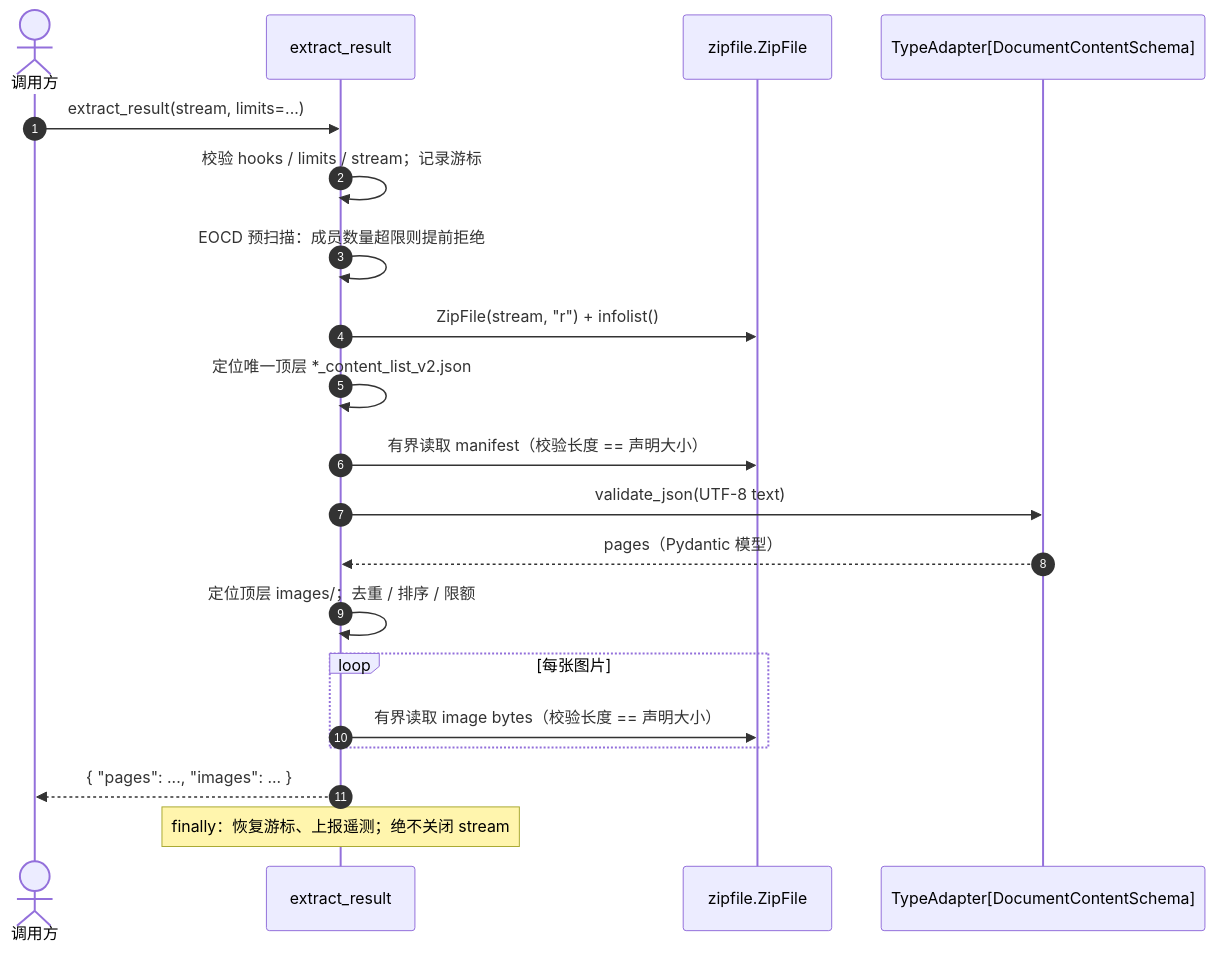
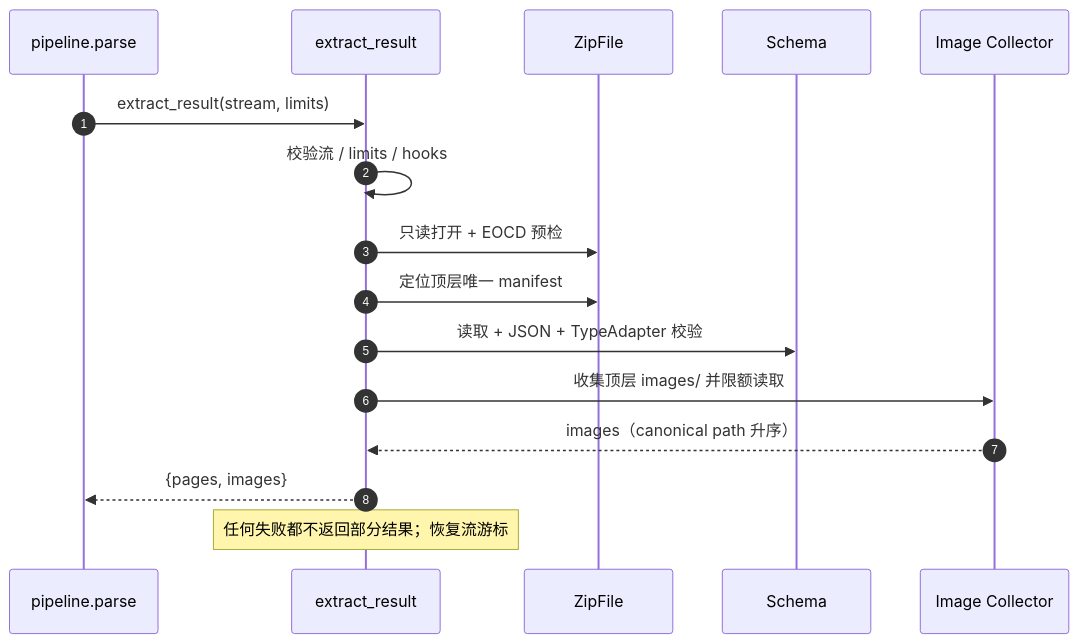
Before and after one commit to dream-365/mineru-parser: the third of 3 diagrams in docs/specs/SPEC-003-result-extractor/spec.md, drawn with Mermaid. The commit also changed other lines of this file and 4 other files, not shown here.

````diff
--- a/docs/specs/SPEC-003-result-extractor/spec.md
+++ b/docs/specs/SPEC-003-result-extractor/spec.md
@@ -361,23 +279,19 @@
 ```mermaid
 sequenceDiagram
     autonumber
-    actor Caller as 调用方
-    participant EX as extract_result
-    participant ZF as zipfile.ZipFile
-    participant VA as TypeAdapter[DocumentContentSchema]
+    participant P as pipeline.parse
+    participant E as extract_result
+    participant Z as ZipFile
+    participant S as Schema
+    participant I as Image Collector
 
-    Caller->>EX: extract_result(stream, limits=...)
-    EX->>EX: 校验 hooks / limits / stream；记录游标
-    EX->>EX: EOCD 预扫描：成员数量超限则提前拒绝
-    EX->>ZF: ZipFile(stream, "r") + infolist()
-    EX->>EX: 定位唯一顶层 *_content_list_v2.json
-    EX->>ZF: 有界读取 manifest（校验长度 == 声明大小）
-    EX->>VA: validate_json(UTF-8 text)
-    VA-->>EX: pages（Pydantic 模型）
-    EX->>EX: 定位顶层 images/；去重 / 排序 / 限额
-    loop 每张图片
-        EX->>ZF: 有界读取 image bytes（校验长度 == 声明大小）
-    end
-    EX-->>Caller: { "pages": ..., "images": ... }
-    Note over EX: finally：恢复游标、上报遥测；绝不关闭 stream
+    P->>E: extract_result(stream, limits)
+    E->>E: 校验流 / limits / hooks
+    E->>Z: 只读打开 + EOCD 预检
+    E->>Z: 定位顶层唯一 manifest
+    E->>S: 读取 + JSON + TypeAdapter 校验
+    E->>I: 收集顶层 images/ 并限额读取
+    I-->>E: images（canonical path 升序）
+    E-->>P: {pages, images}
+    Note over E: 任何失败都不返回部分结果；恢复流游标
 ```
````
